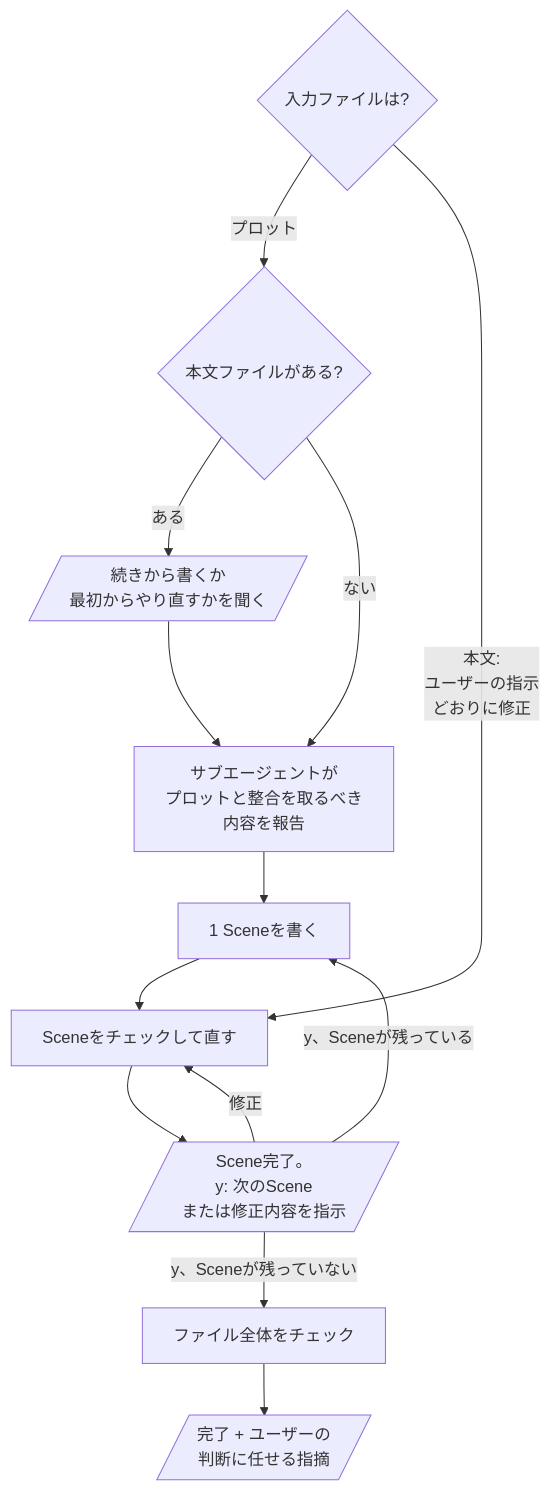
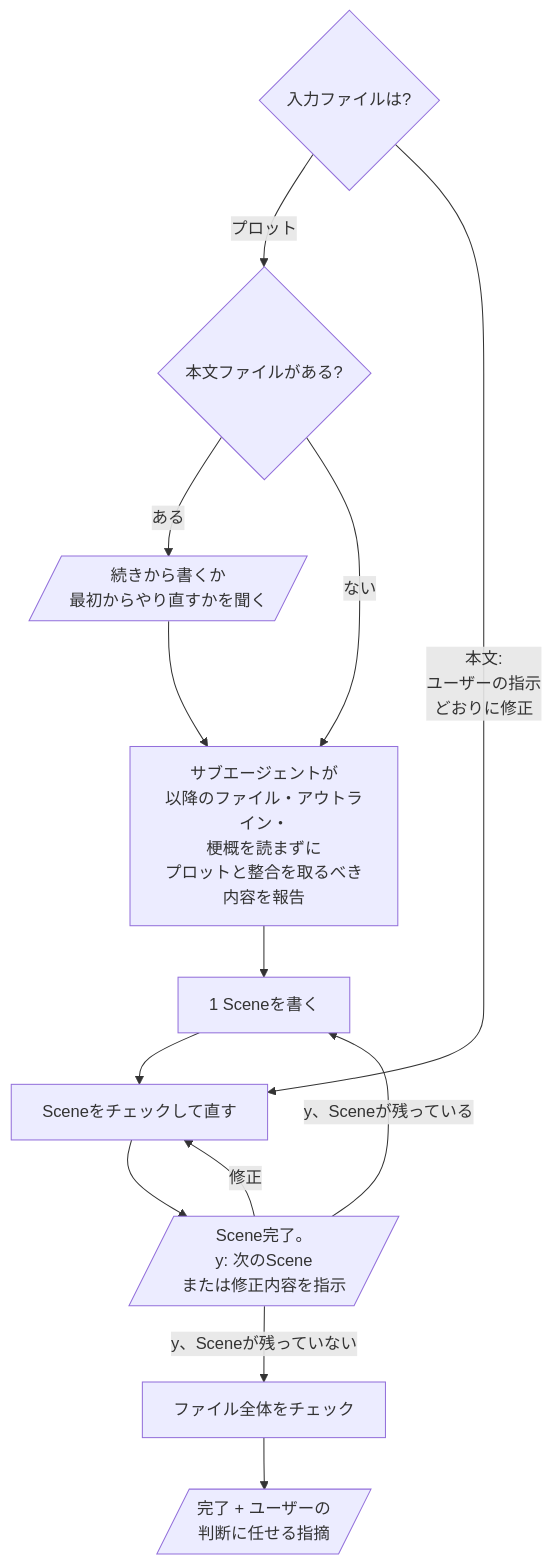
The diagram in domains/story/skills/write/README.ja.md (omni-stove/skill-kit), drawn with Mermaid before and after one commit. The commit also changed 24 other files, not shown here.

````diff
--- a/domains/story/skills/write/README.ja.md
+++ b/domains/story/skills/write/README.ja.md
@@ -7,16 +7,16 @@
 ```mermaid
 flowchart TD
   input{入力ファイルは?}
   input -- "プロット" --> exists{本文ファイルがある?}
   exists -- "ある" --> ask[/続きから書くか<br/>最初からやり直すかを聞く/]
   exists -- "ない" --> agent
-  ask --> agent[サブエージェントが<br/>プロットと整合を取るべき<br/>内容を報告]
+  ask --> agent[サブエージェントが<br/>以降のファイル・アウトライン・<br/>梗概を読まずに<br/>プロットと整合を取るべき<br/>内容を報告]
   agent --> write[1 Sceneを書く]
   write --> check[Sceneをチェックして直す]
   check --> reply[/"Scene完了。<br/>y: 次のScene<br/>または修正内容を指示"/]
   reply -- "y、Sceneが残っている" --> write
   reply -- "y、Sceneが残っていない" --> final[ファイル全体をチェック]
   final --> done[/"完了 + ユーザーの<br/>判断に任せる指摘"/]
   reply -- "修正" --> check
   input -- "本文:<br/>ユーザーの指示<br/>どおりに修正" --> check
 ```
````
